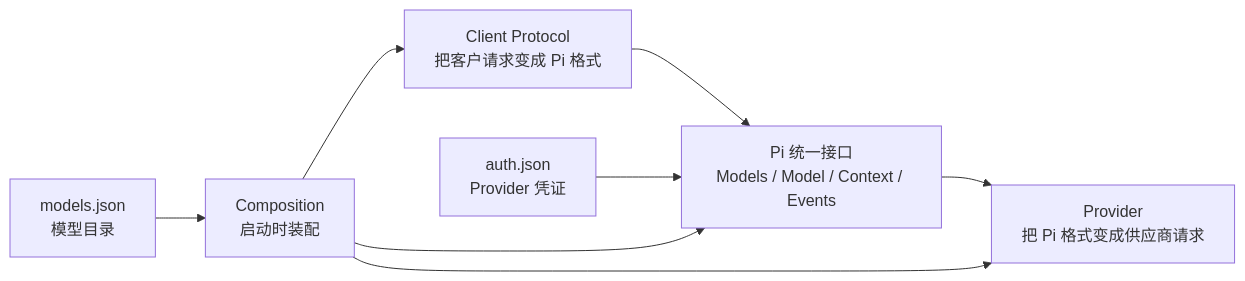
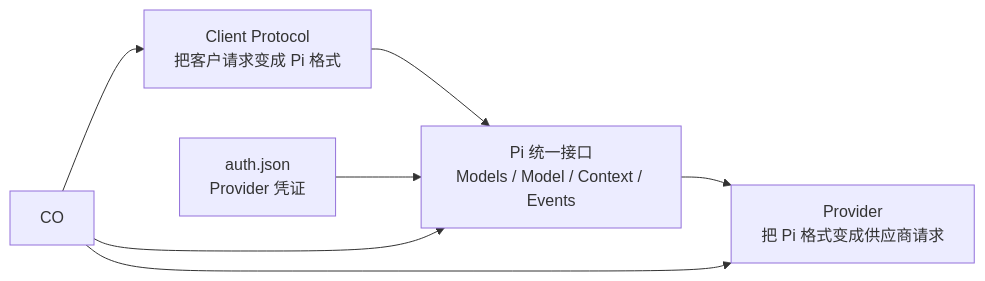
Diagram 12 of 21 in doc/LuckyTokenArchitecture.md (keeplearning2026/LuckyToken), drawn with Mermaid before and after one commit. The commit also changed other lines of this file and 34 other files, not shown here.

````diff
--- a/doc/LuckyTokenArchitecture.md
+++ b/doc/LuckyTokenArchitecture.md
@@ -1120,10 +1169,9 @@
 ```mermaid
 flowchart LR
     CP["Client Protocol\n把客户请求变成 Pi 格式"] --> PI["Pi 统一接口\nModels / Model / Context / Events"]
     PI --> PR["Provider\n把 Pi 格式变成供应商请求"]
-    MC["models.json\n模型目录"] --> CO["Composition\n启动时装配"]
     AC["auth.json\nProvider 凭证"] --> PI
     CO --> PI
     CO --> CP
     CO --> PR
 ```
````
